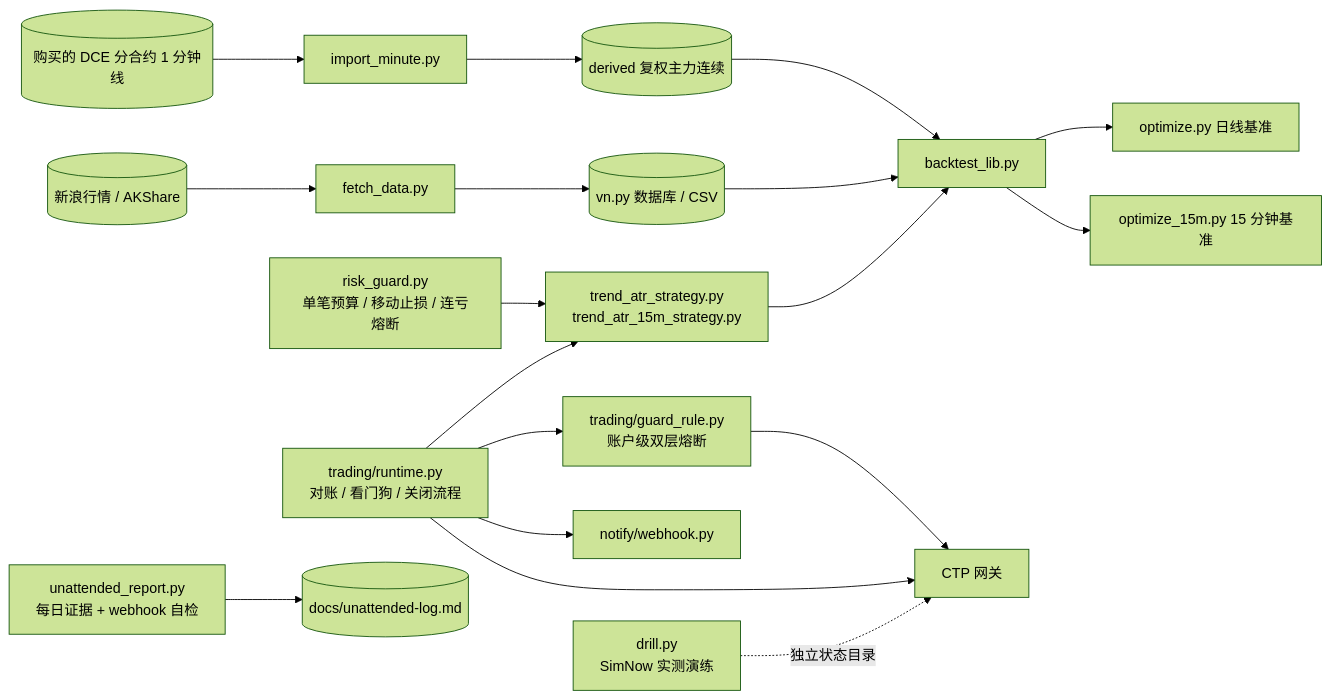
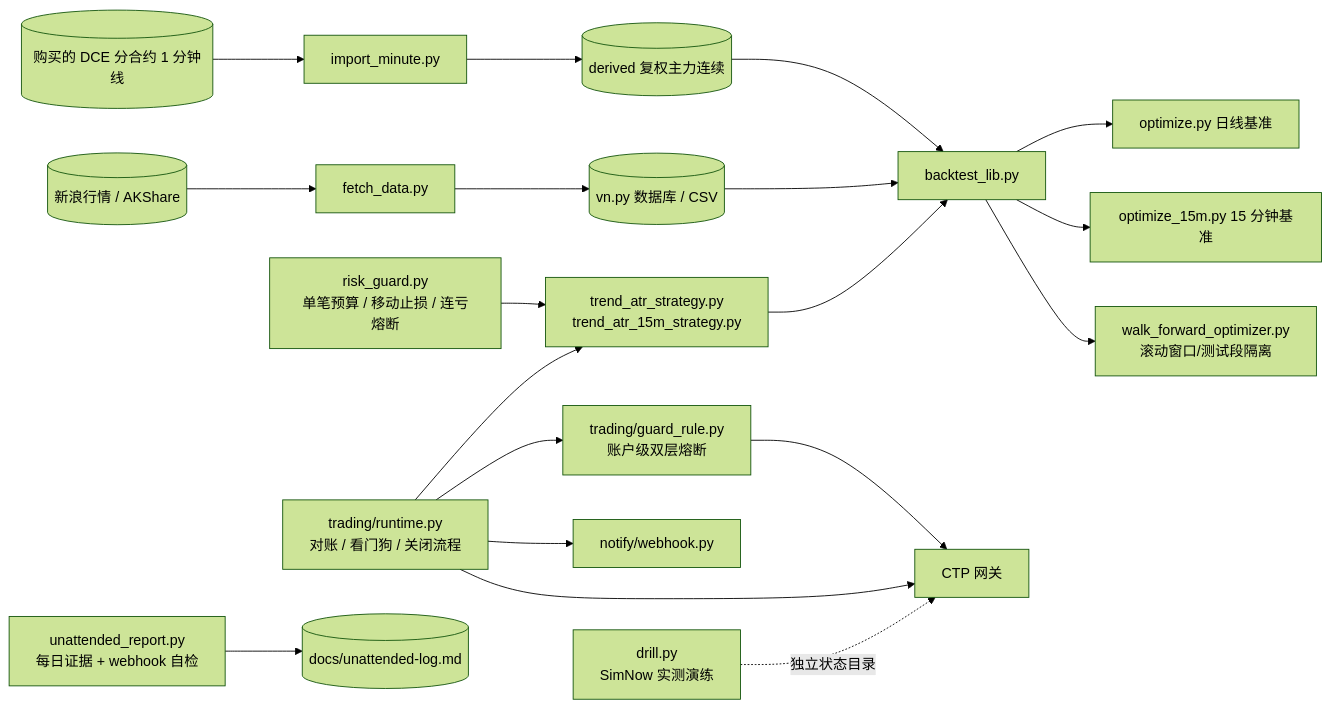
The diagram in README.md (laiyinyizao007/invest), drawn with Mermaid (forest theme) before and after one commit. The commit also changed other lines of this file and 5 other files, not shown here.

First line of the commit message:
feat(research): Walk-Forward 滚动优化器,测试段物理隔离与预算弃单率报告

````diff
--- a/README.md
+++ b/README.md
@@ -51,19 +51,20 @@
 ```mermaid
 flowchart LR
   SINA[(新浪行情 / AKShare)] --> FD[fetch_data.py]
   BUY[(购买的 DCE 分合约 1 分钟线)] --> IM[import_minute.py]
   IM --> DER[(derived 复权主力连续)]
   FD --> DB[(vn.py 数据库 / CSV)]
   DER --> BL[backtest_lib.py]
   DB --> BL
   BL --> OPT[optimize.py 日线基准]
   BL --> O15[optimize_15m.py 15 分钟基准]
+  BL --> WF[walk_forward_optimizer.py<br/>滚动窗口/测试段隔离]
   ST[trend_atr_strategy.py<br/>trend_atr_15m_strategy.py] --> BL
   RG[risk_guard.py<br/>单笔预算 / 移动止损 / 连亏熔断] --> ST
   RT[trading/runtime.py<br/>对账 / 看门狗 / 关闭流程] --> ST
   RT --> GR[trading/guard_rule.py<br/>账户级双层熔断] --> CTP[CTP 网关]
   RT --> WH[notify/webhook.py]
   RT --> CTP
   DR[drill.py<br/>SimNow 实测演练] -.独立状态目录.-> CTP
   UR[unattended_report.py<br/>每日证据 + webhook 自检] --> URDOC[(docs/unattended-log.md)]
 ```
````
